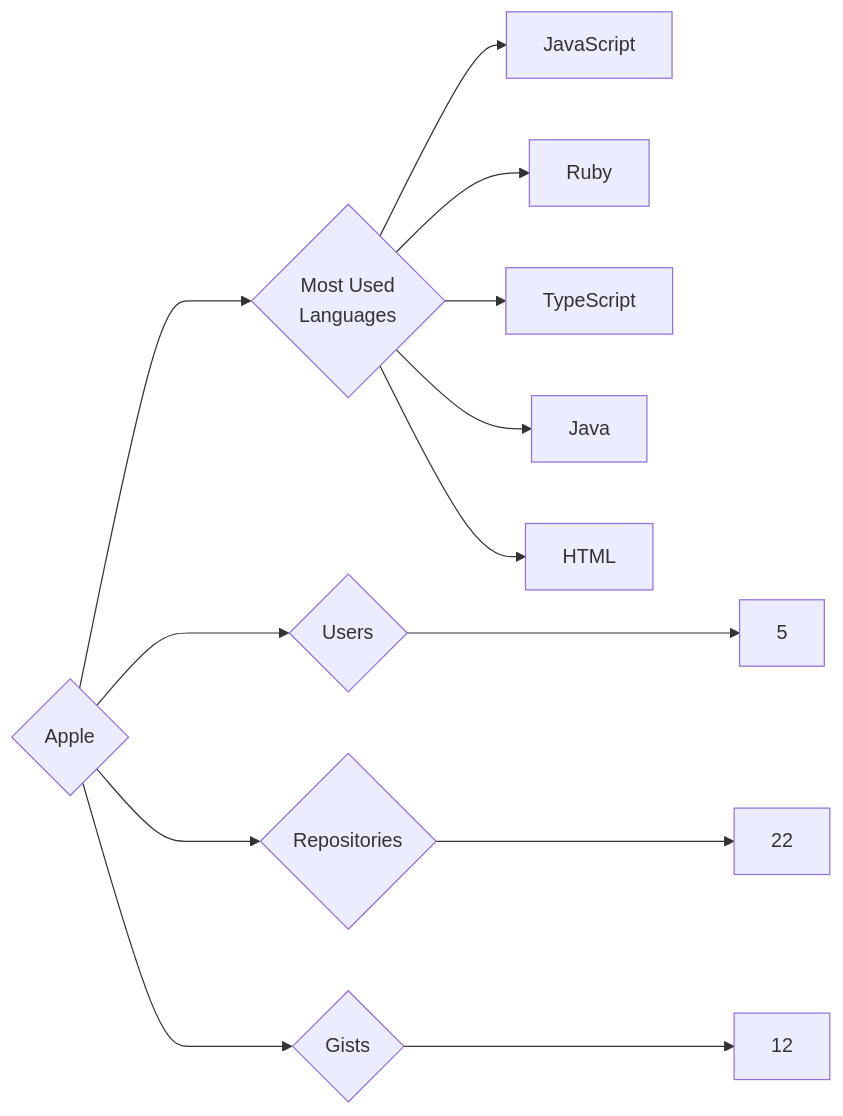
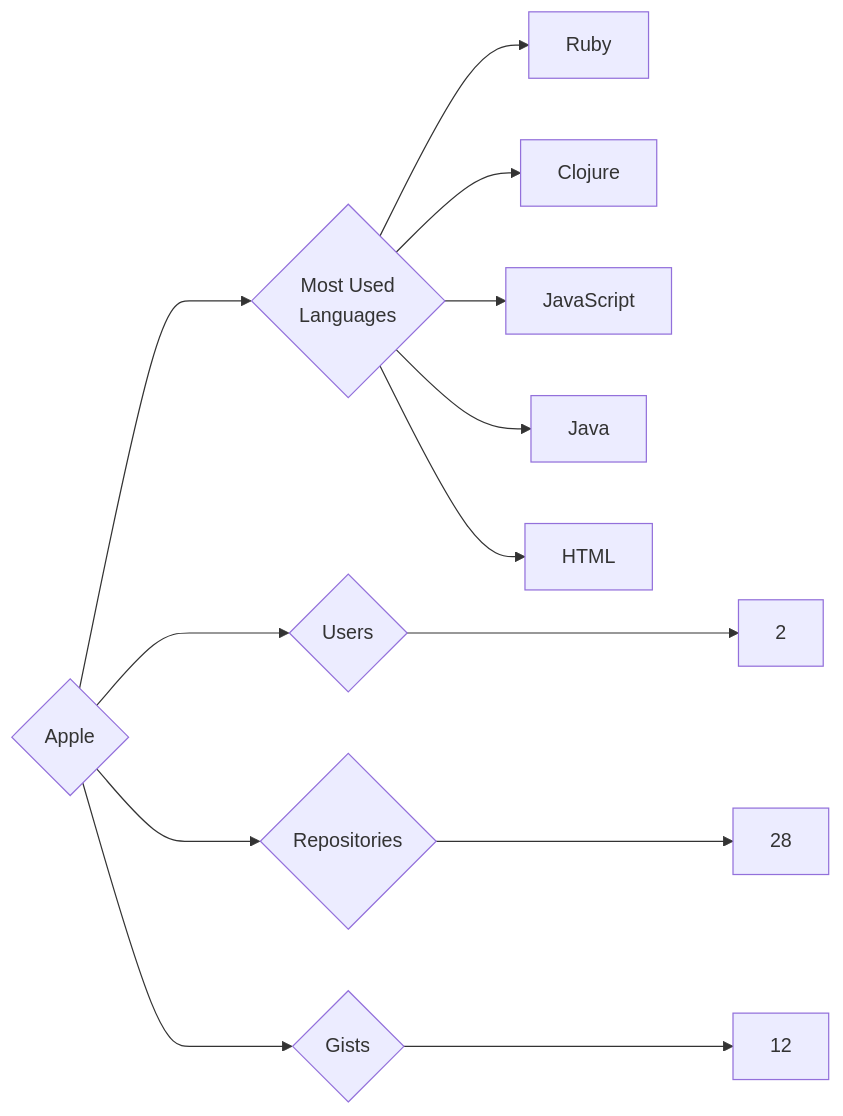
The diagram in targets/Apple/README.md (trickest/insiders), drawn with Mermaid before and after one commit. The commit also changed 1023 other files, not shown here.

````diff
--- a/targets/Apple/README.md
+++ b/targets/Apple/README.md
@@ -3,13 +3,13 @@
 ```mermaid
 graph LR
 COMPANY_NAME{Apple}
-COMPANY_NAME ---> U{Users} ---> UN[5]
-COMPANY_NAME ---> R{Repositories} ---> RN[22]
+COMPANY_NAME ---> U{Users} ---> UN[2]
+COMPANY_NAME ---> R{Repositories} ---> RN[28]
 COMPANY_NAME ---> G{Gists} ---> GN[12]
 COMPANY_NAME ---> ML{Most Used<br>Languages}
+ML --> Ruby[Ruby]
+ML --> Clojure[Clojure]
 ML --> JavaScript[JavaScript]
-ML --> Ruby[Ruby]
-ML --> TypeScript[TypeScript]
 ML --> Java[Java]
 ML --> HTML[HTML]
 ```
````
